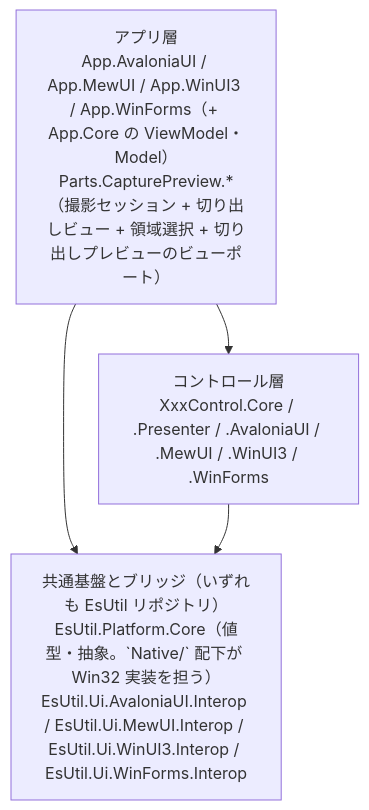
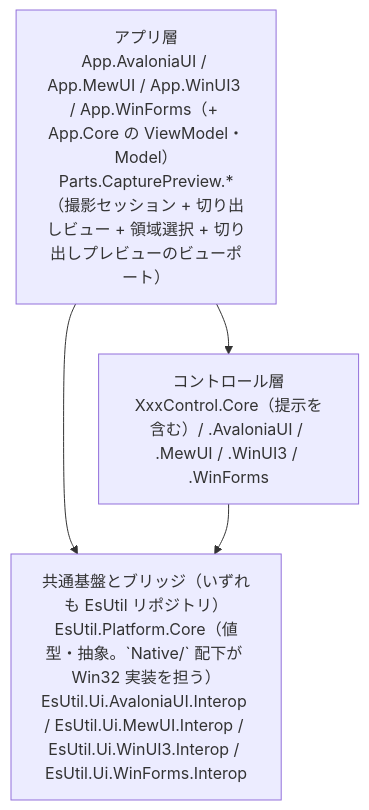
Before and after one commit to tomokuni/SaveEvidence: the first of 2 diagrams in src/README.md, drawn with Mermaid. The commit also changed other lines of this file and 77 other files, not shown here.

````diff
--- a/src/README.md
+++ b/src/README.md
@@ -8,9 +8,9 @@
 ```mermaid
 flowchart TB
     APP["アプリ層<br/>App.AvaloniaUI / App.MewUI / App.WinUI3 / App.WinForms（+ App.Core の ViewModel・Model）<br/>Parts.CapturePreview.*（撮影セッション + 切り出しビュー + 領域選択 + 切り出しプレビューのビューポート）"]
-    CTRL["コントロール層<br/>XxxControl.Core / .Presenter / .AvaloniaUI / .MewUI / .WinUI3 / .WinForms"]
+    CTRL["コントロール層<br/>XxxControl.Core（提示を含む）/ .AvaloniaUI / .MewUI / .WinUI3 / .WinForms"]
     PLAT["共通基盤とブリッジ（いずれも EsUtil リポジトリ）<br/>EsUtil.Platform.Core（値型・抽象。`Native/` 配下が Win32 実装を担う）<br/>EsUtil.Ui.AvaloniaUI.Interop / EsUtil.Ui.MewUI.Interop / EsUtil.Ui.WinUI3.Interop / EsUtil.Ui.WinForms.Interop"]
     APP --> CTRL
     APP --> PLAT
     CTRL --> PLAT
 ```
````
